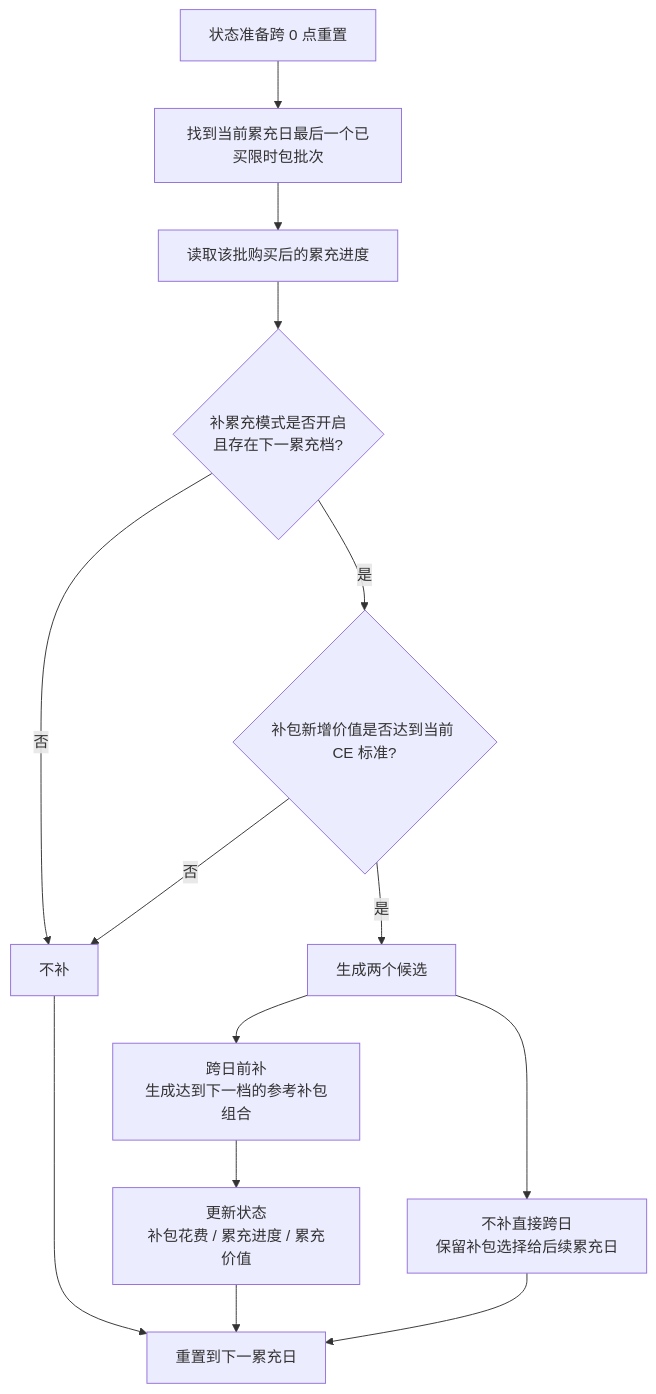
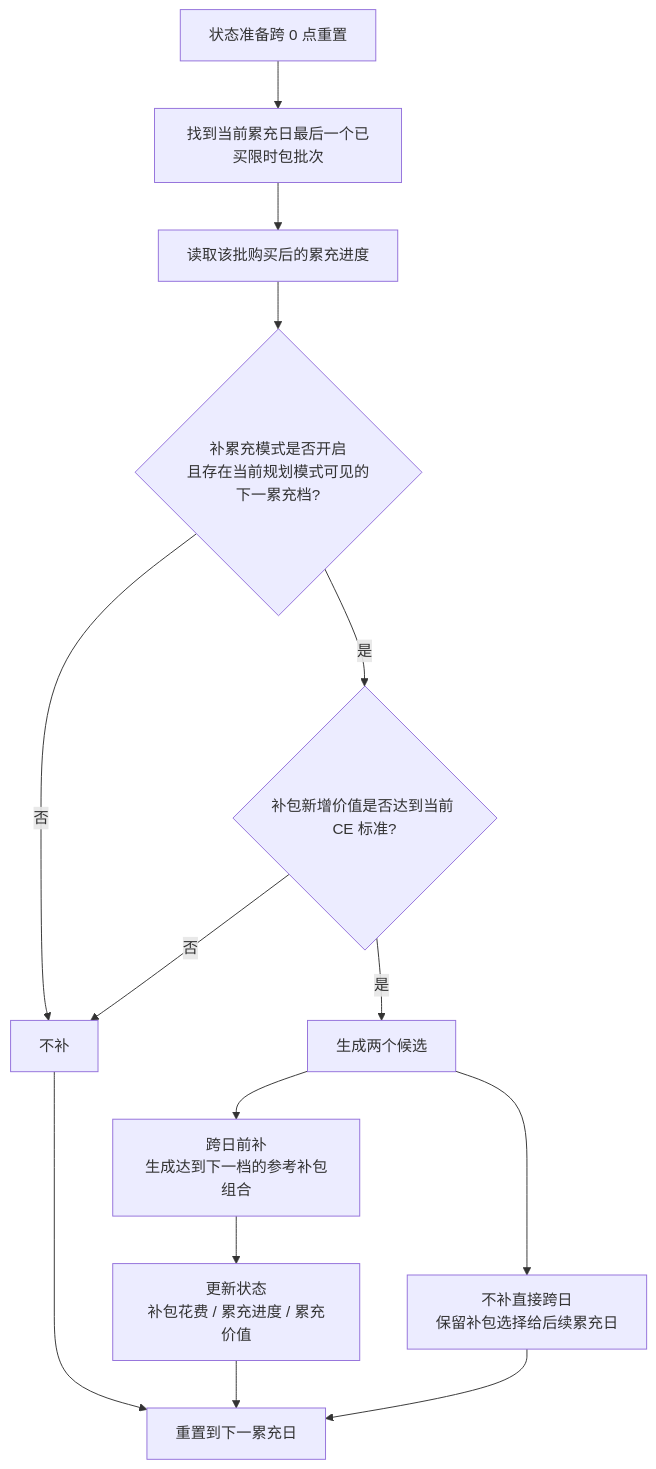
The fourth of 4 diagrams in doc/items/UltraSalePack/path-planning-visual.md (hitazuki/mementomori-calculator), drawn with Mermaid before and after one commit. The commit also changed other lines of this file, not shown here.

````diff
--- a/doc/items/UltraSalePack/path-planning-visual.md
+++ b/doc/items/UltraSalePack/path-planning-visual.md
@@ -127,16 +135,16 @@
 ```mermaid
 flowchart TD
   A["状态准备跨 0 点重置"] --> B["找到当前累充日最后一个已买限时包批次"]
   B --> B2["读取该批购买后的累充进度"]
-  B2 --> C{"补累充模式是否开启<br/>且存在下一累充档?"}
+  B2 --> C{"补累充模式是否开启<br/>且存在当前规划模式可见的下一累充档?"}
   C -- "否" --> D["不补"]
   C -- "是" --> E{"补包新增价值是否达到当前 CE 标准?"}
   E -- "否" --> D
   E -- "是" --> F["生成两个候选"]
   F --> G["跨日前补<br/>生成达到下一档的参考补包组合"]
   F --> H["不补直接跨日<br/>保留补包选择给后续累充日"]
   G --> I["更新状态<br/>补包花费 / 累充进度 / 累充价值"]
   I --> J["重置到下一累充日"]
   H --> J
   D --> J
 ```
````
